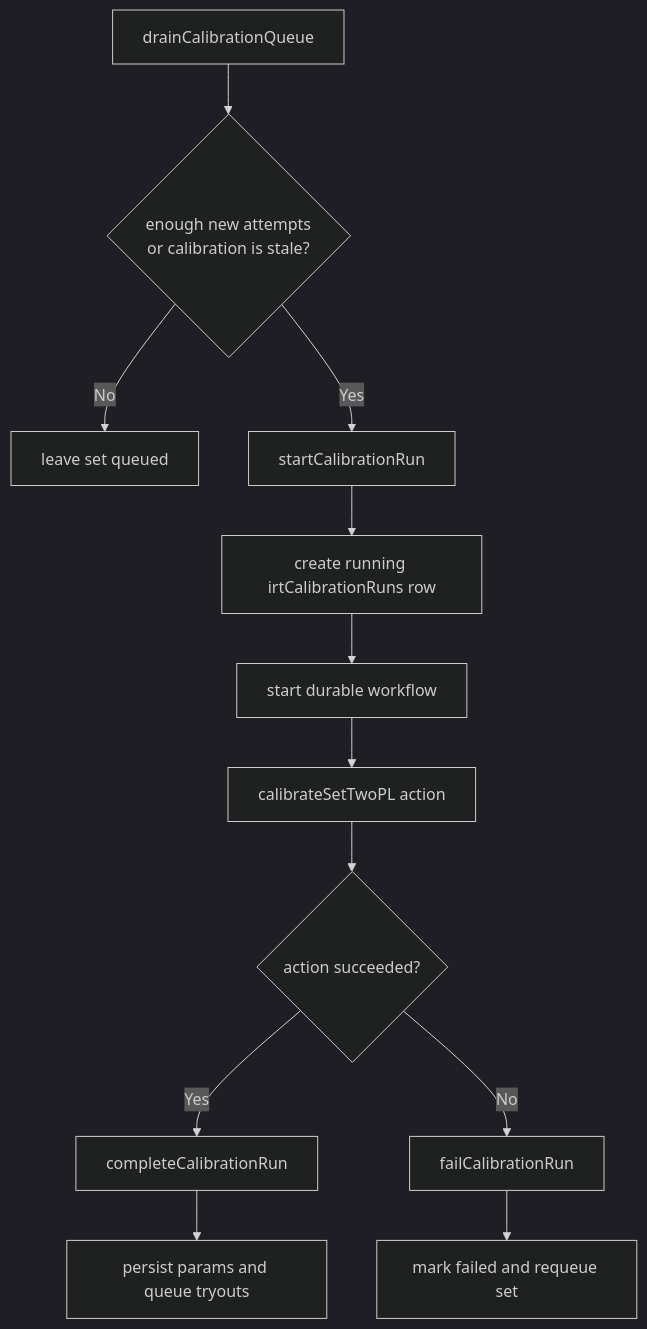
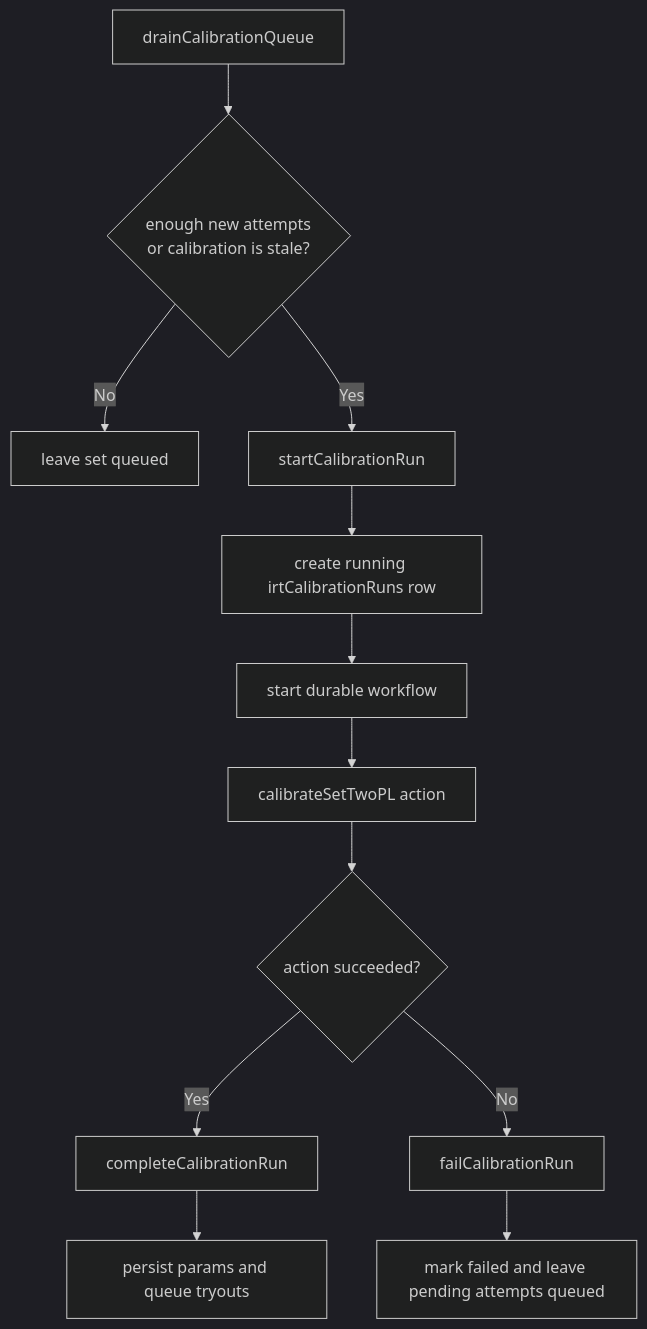
The third of 3 diagrams in packages/backend/convex/irt/README.md (nakafaai/nakafa.com), drawn with Mermaid (dark theme) before and after one commit. The commit also changed other lines of this file and 255 other files, not shown here.

````diff
--- a/packages/backend/convex/irt/README.md
+++ b/packages/backend/convex/irt/README.md
@@ -236,14 +236,14 @@
 ```mermaid
 flowchart TD
     A[drainCalibrationQueue] --> B{enough new attempts\nor calibration is stale?}
     B -- No --> C[leave set queued]
     B -- Yes --> D[startCalibrationRun]
     D --> E[create running irtCalibrationRuns row]
     E --> F[start durable workflow]
     F --> G[calibrateSetTwoPL action]
     G --> H{action succeeded?}
     H -- Yes --> I[completeCalibrationRun]
     I --> J[persist params and queue tryouts]
     H -- No --> K[failCalibrationRun]
-    K --> L[mark failed and requeue set]
+    K --> L[mark failed and leave pending attempts queued]
 ```
````
